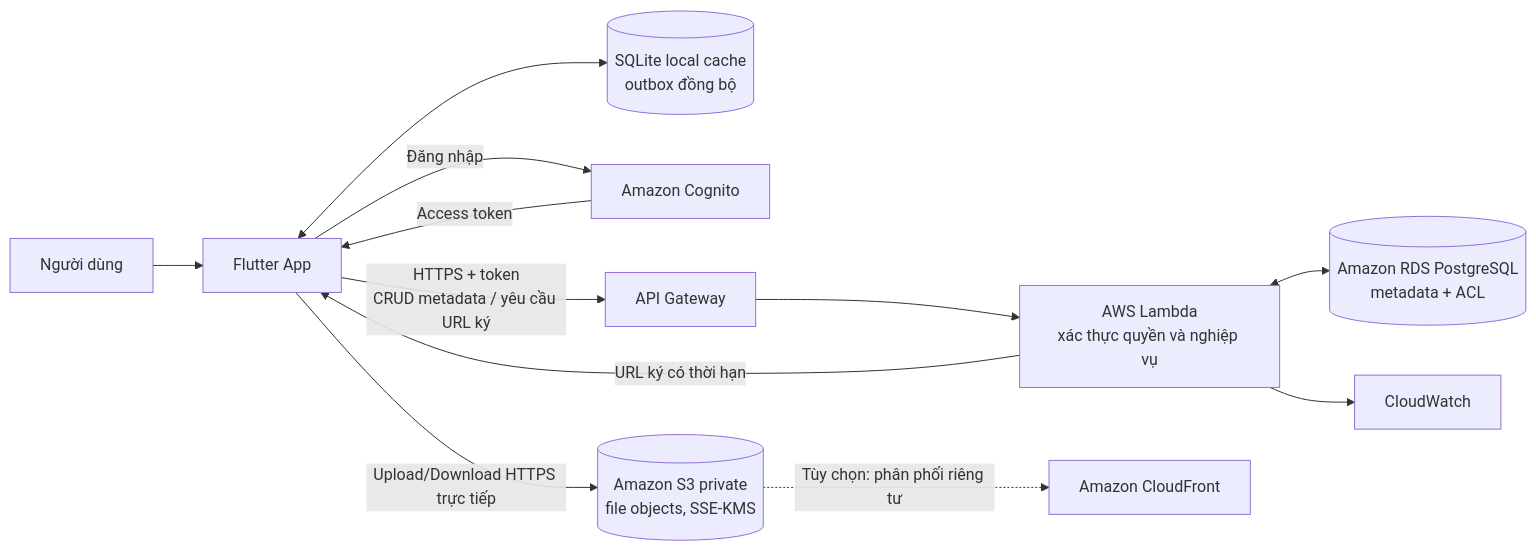
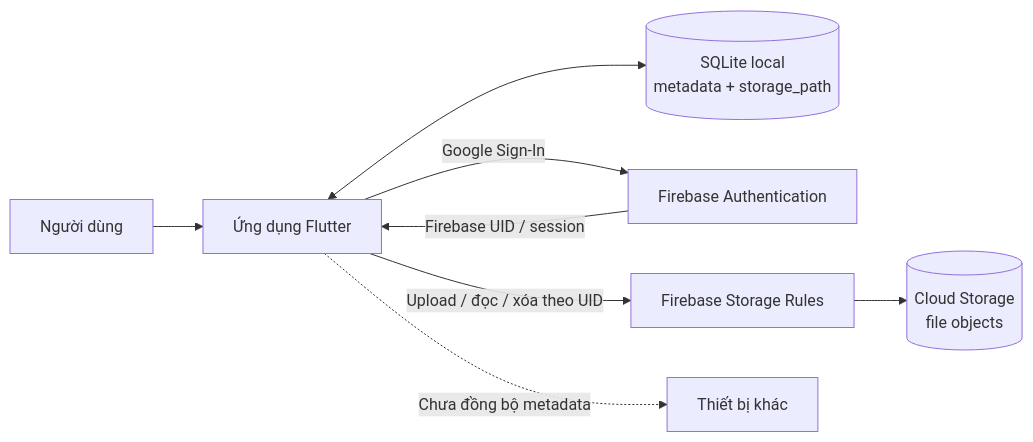
One commit to NguyenTruongNT/Cashew changed the first of 2 diagrams in study_document_manager/BAO_CAO_TICH_HOP_CLOUD.md. Above: the diagram before and after it, drawn with Mermaid. The commit also changed other lines of this file and 33 other files, not shown here.

First line of the commit message:
feat: integrate Firebase auth and cloud storage

````diff
--- a/study_document_manager/BAO_CAO_TICH_HOP_CLOUD.md
+++ b/study_document_manager/BAO_CAO_TICH_HOP_CLOUD.md
@@ -96,14 +63,10 @@
 ```mermaid
 flowchart LR
-    U[Người dùng] --> APP[Flutter App]
-    APP <--> CACHE[(SQLite local cache<br/>outbox đồng bộ)]
-    APP -->|Đăng nhập| AUTH[Amazon Cognito]
-    AUTH -->|Access token| APP
-    APP -->|HTTPS + token<br/>CRUD metadata / yêu cầu URL ký| API[API Gateway]
-    API --> FN[AWS Lambda<br/>xác thực quyền và nghiệp vụ]
-    FN <--> DB[(Amazon RDS PostgreSQL<br/>metadata + ACL)]
-    FN -->|URL ký có thời hạn| APP
-    APP -->|Upload/Download HTTPS trực tiếp| S3[(Amazon S3 private<br/>file objects, SSE-KMS)]
-    S3 -.->|Tùy chọn: phân phối riêng tư| CDN[Amazon CloudFront]
-    FN --> MON[CloudWatch]
+    USER[Người dùng] --> APP[Ứng dụng Flutter]
+    APP <--> DB[(SQLite local<br/>metadata + storage_path)]
+    APP -->|Google Sign-In| AUTH[Firebase Authentication]
+    AUTH -->|Firebase UID / session| APP
+    APP -->|Upload / đọc / xóa theo UID| RULES[Firebase Storage Rules]
+    RULES --> BUCKET[(Cloud Storage<br/>file objects)]
+    APP -.->|Chưa đồng bộ metadata| NOTE[Thiết bị khác]
 ```
````
